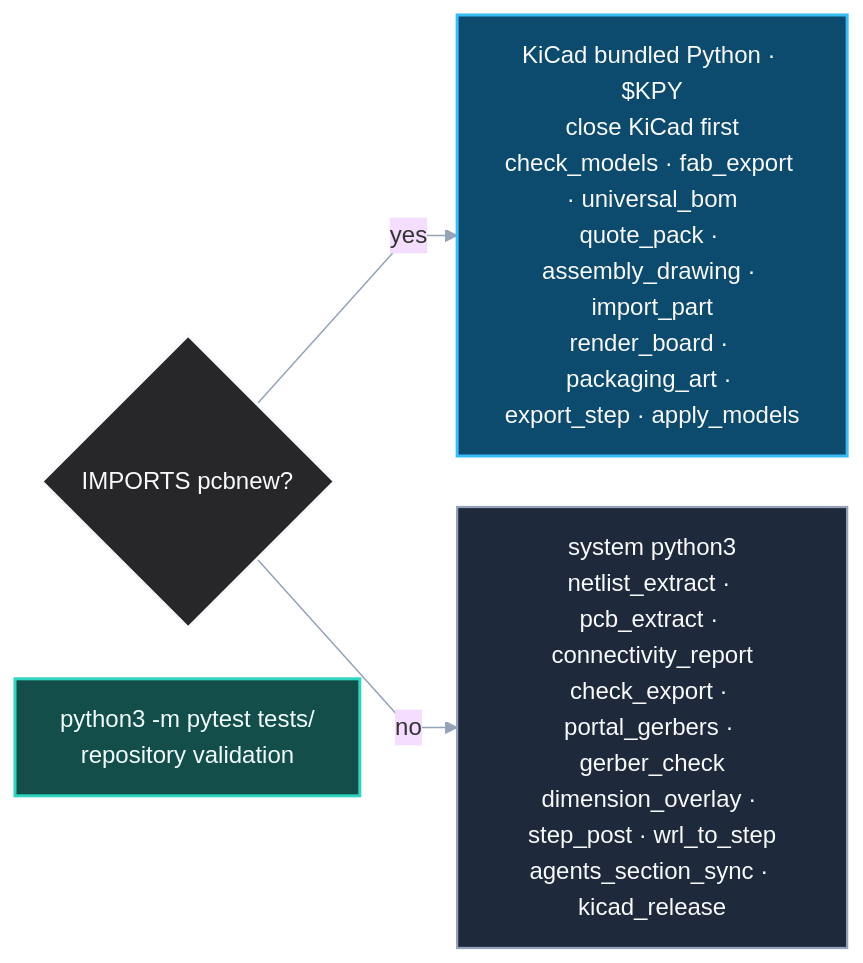
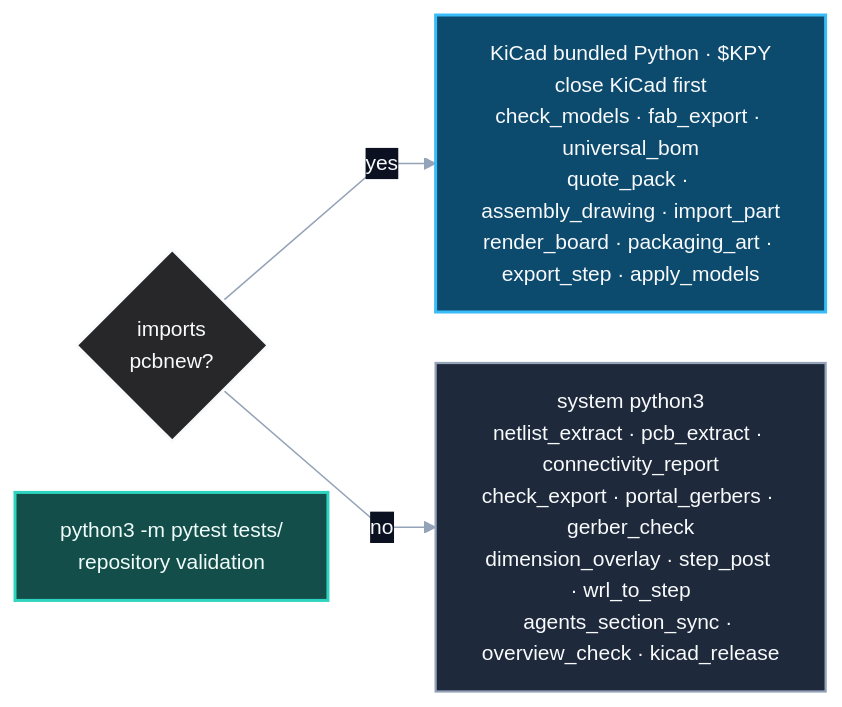
The seventh of 7 diagrams in OVERVIEW.md (incutec-org/hardware-tooling), drawn with Mermaid before and after one commit. The commit also changed other lines of this file, not shown here.

First line of the commit message:
docs: fix OVERVIEW.md layouts for rendering

````diff
--- a/OVERVIEW.md
+++ b/OVERVIEW.md
@@ -197,18 +219,18 @@
 ```mermaid
-%%{init: {"theme": "base", "themeVariables": {"background": "#0b1120", "lineColor": "#94a3b8", "fontFamily": "Inter, ui-sans-serif, system-ui"}, "flowchart": {"curve": "linear", "nodeSpacing": 34, "rankSpacing": 40}}}%%
+%%{init: {"theme": "base", "themeVariables": {"background": "#0b1120", "lineColor": "#94a3b8", "primaryTextColor": "#f8fafc", "edgeLabelBackground": "#0b1120", "fontSize": "14px"}, "flowchart": {"curve": "linear", "nodeSpacing": 34, "rankSpacing": 50}}}%%
 flowchart LR
-    Q{"IMPORTS pcbnew?"}
+    Q{"imports<br/>pcbnew?"}
     Q -->|"yes"| KPY["KiCad bundled Python · $KPY<br/>close KiCad first<br/>check_models · fab_export · universal_bom<br/>quote_pack · assembly_drawing · import_part<br/>render_board · packaging_art · export_step · apply_models"]
-    Q -->|"no"| SYS["system python3<br/>netlist_extract · pcb_extract · connectivity_report<br/>check_export · portal_gerbers · gerber_check<br/>dimension_overlay · step_post · wrl_to_step<br/>agents_section_sync · kicad_release"]
+    Q -->|"no"| SYS["system python3<br/>netlist_extract · pcb_extract · connectivity_report<br/>check_export · portal_gerbers · gerber_check<br/>dimension_overlay · step_post · wrl_to_step<br/>agents_section_sync · overview_check · kicad_release"]
     V["python3 -m pytest tests/<br/>repository validation"]
 
     classDef gate fill:#27272a,stroke:#f8fafc,color:#f8fafc,stroke-width:2px;
     classDef kpy fill:#0c4a6e,stroke:#38bdf8,color:#f8fafc,stroke-width:2px;
     classDef sys fill:#1e293b,stroke:#94a3b8,color:#f8fafc,stroke-width:1.5px;
     classDef ok fill:#134e4a,stroke:#2dd4bf,color:#f0fdfa,stroke-width:2px;
 
     class Q gate;
     class KPY kpy;
     class SYS sys;
     class V ok;
 ```
````
